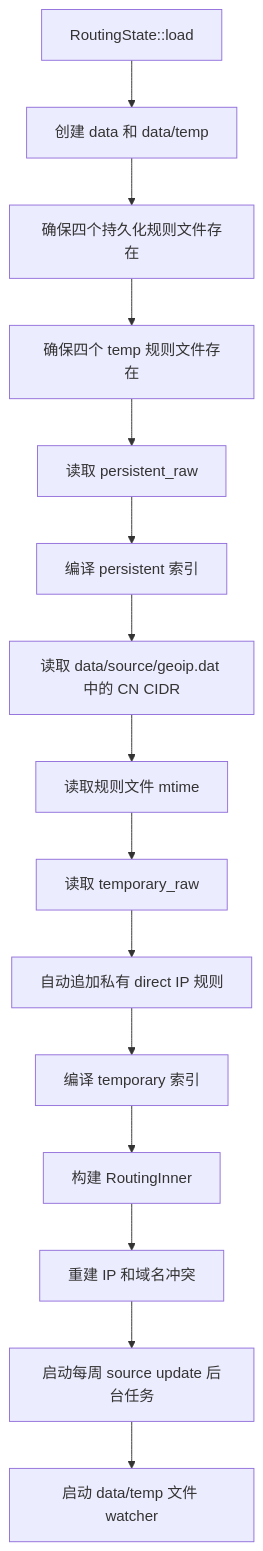
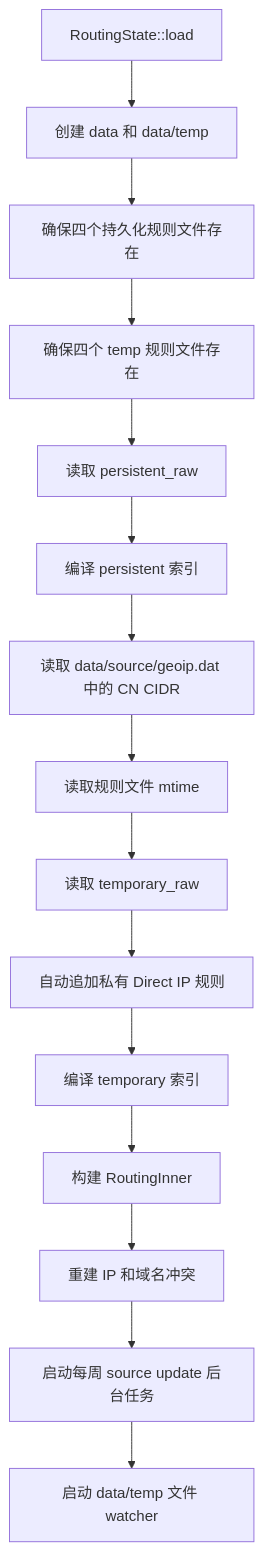
One commit to xiedeacc/shadowsocks-rust changed the second of 14 diagrams in routing.md. Above: the diagram before and after it, drawn with Mermaid. The commit also changed other lines of this file and 3 other files, not shown here.

````diff
--- a/routing.md
+++ b/routing.md
@@ -214,17 +210,17 @@
 ```mermaid
 flowchart TD
     A[RoutingState::load] --> B[创建 data 和 data/temp]
     B --> C[确保四个持久化规则文件存在]
     C --> D[确保四个 temp 规则文件存在]
     D --> E[读取 persistent_raw]
     E --> F[编译 persistent 索引]
     F --> G[读取 data/source/geoip.dat 中的 CN CIDR]
     G --> H[读取规则文件 mtime]
     H --> I[读取 temporary_raw]
-    I --> J[自动追加私有 direct IP 规则]
+    I --> J[自动追加私有 Direct IP 规则]
     J --> K[编译 temporary 索引]
     K --> L[构建 RoutingInner]
     L --> M[重建 IP 和域名冲突]
     M --> N[启动每周 source update 后台任务]
     N --> O[启动 data/temp 文件 watcher]
 ```
````
